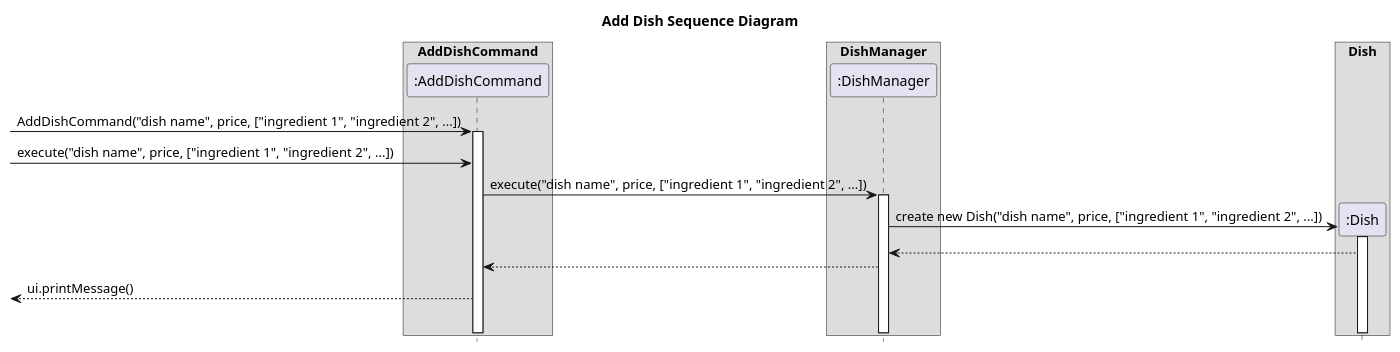
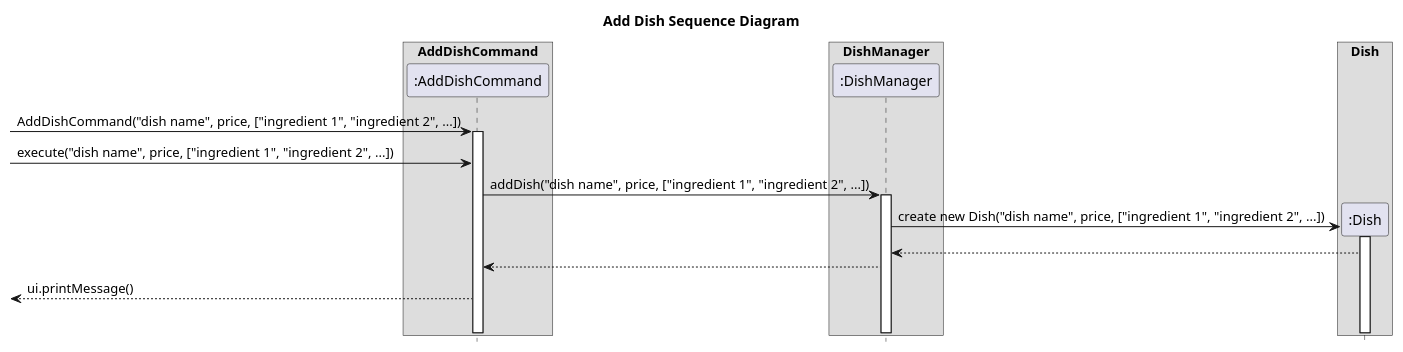
Before and after one commit to nus-cs2113-AY2223S2/tp: the diagram in docs/uml/AddDishCommandSequenceDiagram.puml, drawn with PlantUML. The commit also changed 3 other files, not shown here.

First line of the commit message:
Add the rest of the Dish UML seqeunce diagrams

```diff
--- a/docs/uml/AddDishCommandSequenceDiagram.puml
+++ b/docs/uml/AddDishCommandSequenceDiagram.puml
@@ -1,28 +1,28 @@
 @startuml
 hide footbox
 title Add Dish Sequence Diagram
 
 box "AddDishCommand"
 participant ":AddDishCommand" as AddDishCommand
 endbox
 
 box "DishManager"
 participant ":DishManager" as DishManager
 endbox
 
 box "Dish"
 participant ":Dish" as Dish
 endbox
 
 -> AddDishCommand ++ : AddDishCommand("dish name", price, ["ingredient 1", "ingredient 2", ...])
 -> AddDishCommand: execute("dish name", price, ["ingredient 1", "ingredient 2", ...])
-AddDishCommand -> DishManager ++ : execute("dish name", price, ["ingredient 1", "ingredient 2", ...])
+AddDishCommand -> DishManager ++ : addDish("dish name", price, ["ingredient 1", "ingredient 2", ...])
 
 create Dish
 Dish <- DishManager ++ : create new Dish("dish name", price, ["ingredient 1", "ingredient 2", ...])
 Dish --> DishManager
 AddDishCommand <-- DishManager
 <-- AddDishCommand: ui.printMessage()
 
 |||
 @enduml
```
